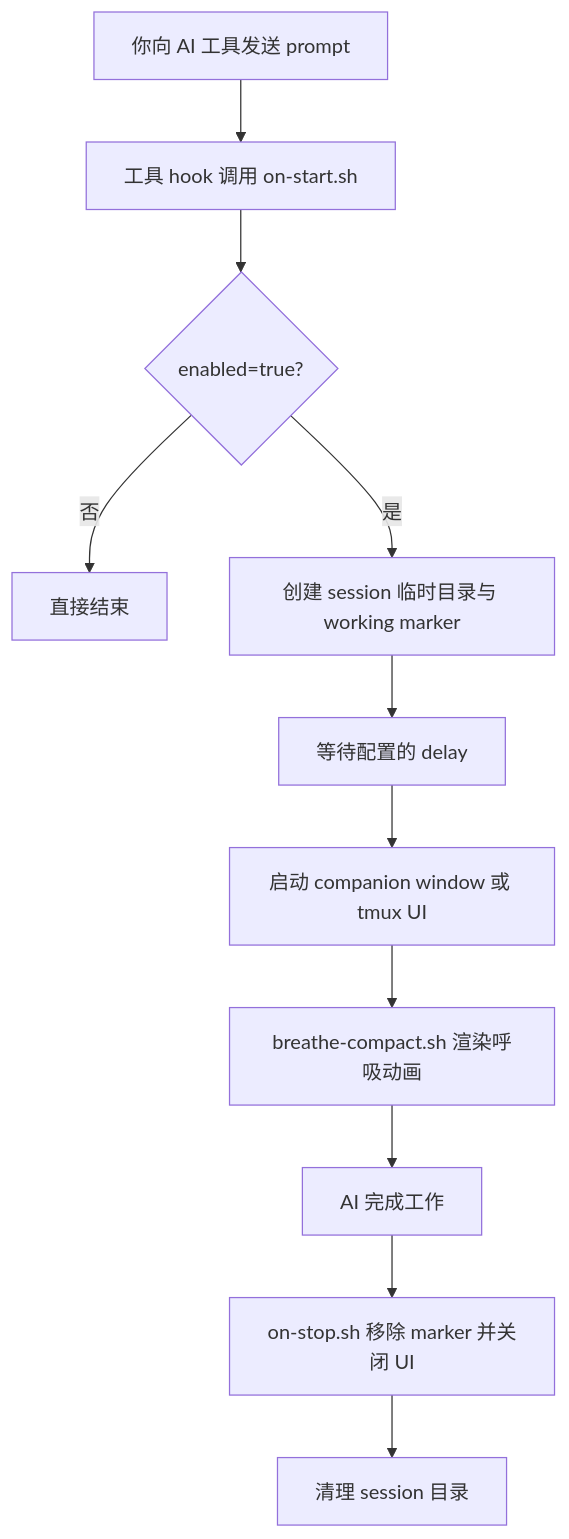
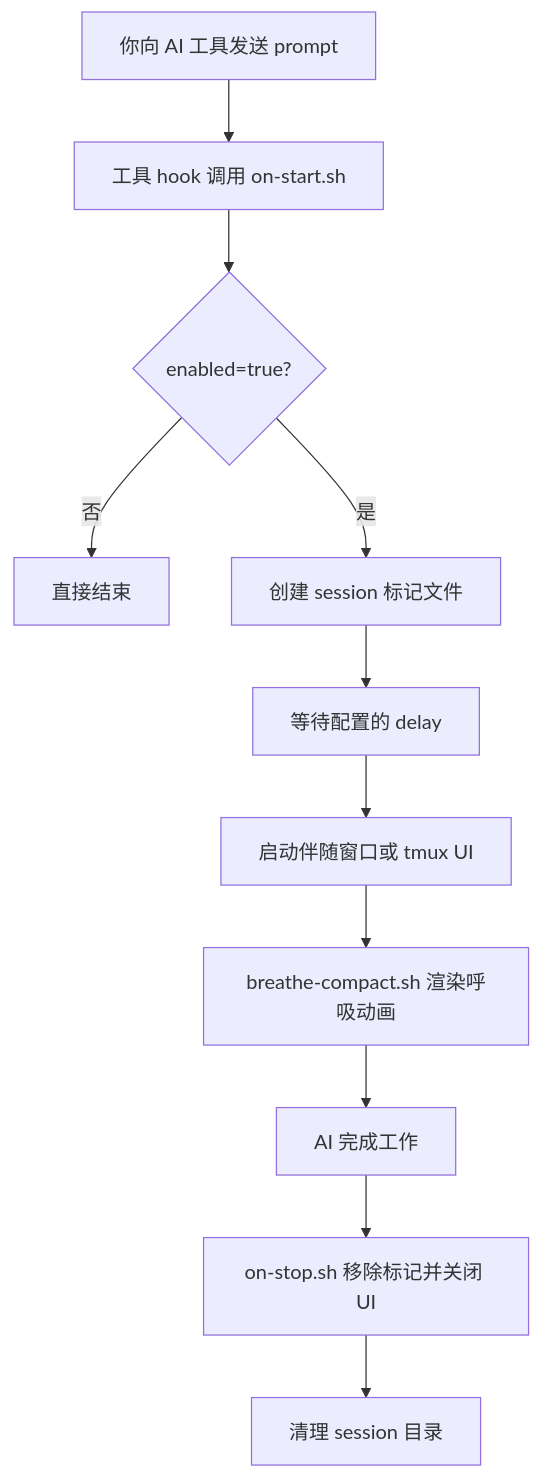
One commit to cry8a8y/HushFlow changed the diagram in docs/README.zh-CN.md. Above: the diagram before and after it, drawn with Mermaid. The commit also changed other lines of this file and 1 other file, not shown here.

````diff
--- a/docs/README.zh-CN.md
+++ b/docs/README.zh-CN.md
@@ -197,13 +97,13 @@
 ```mermaid
 flowchart TD
     A[你向 AI 工具发送 prompt] --> B[工具 hook 调用 on-start.sh]
     B --> C{enabled=true?}
     C -- 否 --> Z[直接结束]
-    C -- 是 --> D[创建 session 临时目录与 working marker]
+    C -- 是 --> D[创建 session 标记文件]
     D --> E[等待配置的 delay]
-    E --> F[启动 companion window 或 tmux UI]
+    E --> F[启动伴随窗口或 tmux UI]
     F --> G[breathe-compact.sh 渲染呼吸动画]
     G --> H[AI 完成工作]
-    H --> I[on-stop.sh 移除 marker 并关闭 UI]
+    H --> I[on-stop.sh 移除标记并关闭 UI]
     I --> J[清理 session 目录]
 ```
````
